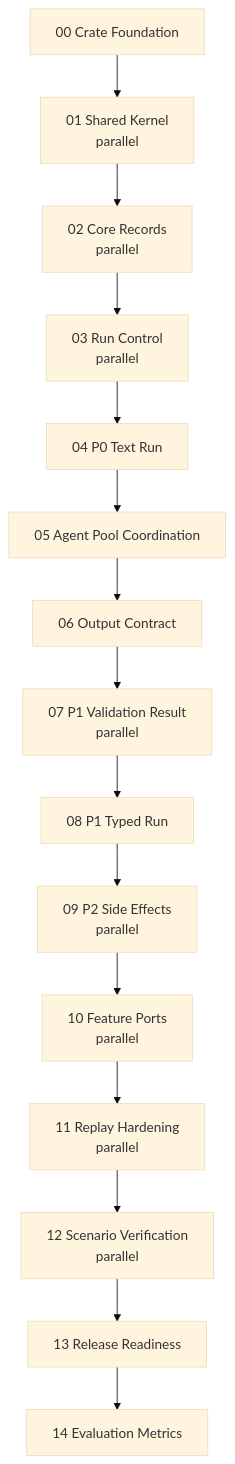
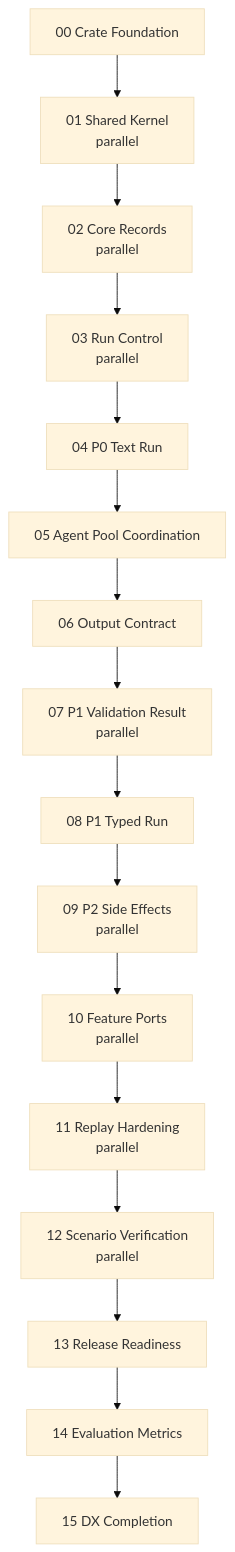
The diagram in docs/implementation-workstreams/README.md (heyclawdia/clawdia_sdk), drawn with Mermaid (base theme) before and after one commit. The commit also changed other lines of this file and 114 other files, not shown here.

````diff
--- a/docs/implementation-workstreams/README.md
+++ b/docs/implementation-workstreams/README.md
@@ -60,17 +64,18 @@
 ```mermaid
 flowchart TD
   P00["00 Crate Foundation"] --> P01["01 Shared Kernel<br/>parallel"]
   P01 --> P02["02 Core Records<br/>parallel"]
   P02 --> P03["03 Run Control<br/>parallel"]
   P03 --> P04["04 P0 Text Run"]
   P04 --> P05["05 Agent Pool Coordination"]
   P05 --> P06["06 Output Contract"]
   P06 --> P07["07 P1 Validation Result<br/>parallel"]
   P07 --> P08["08 P1 Typed Run"]
   P08 --> P09["09 P2 Side Effects<br/>parallel"]
   P09 --> P10["10 Feature Ports<br/>parallel"]
   P10 --> P11["11 Replay Hardening<br/>parallel"]
   P11 --> P12["12 Scenario Verification<br/>parallel"]
   P12 --> P13["13 Release Readiness"]
   P13 --> P14["14 Evaluation Metrics"]
+  P14 --> P15["15 DX Completion"]
 ```
````
